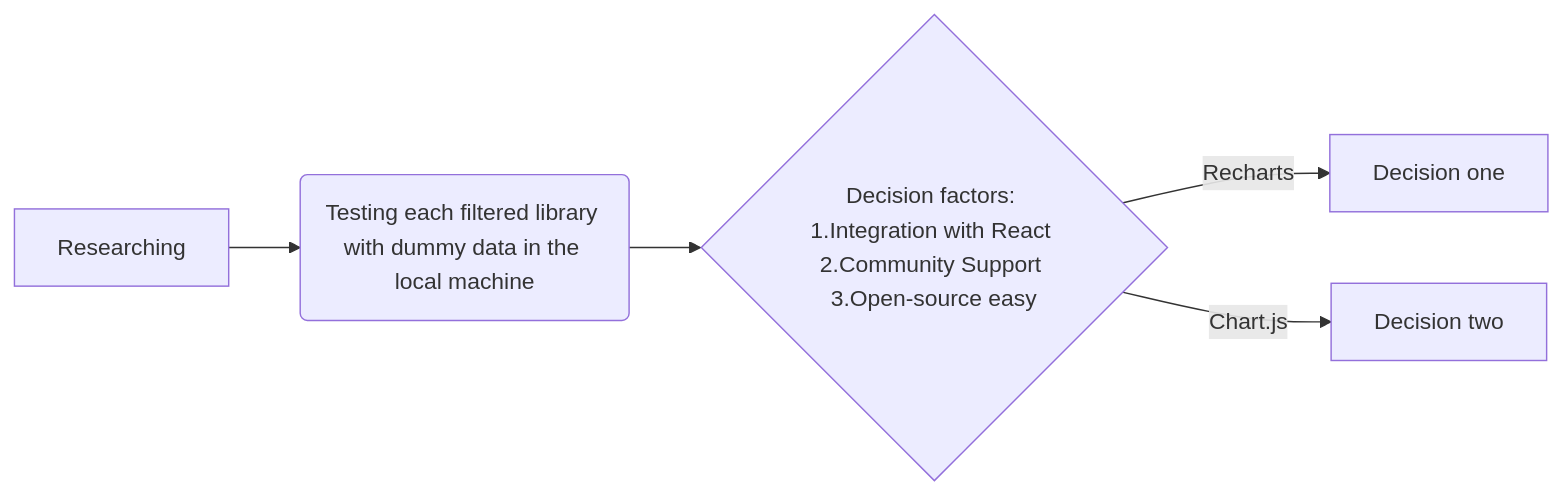
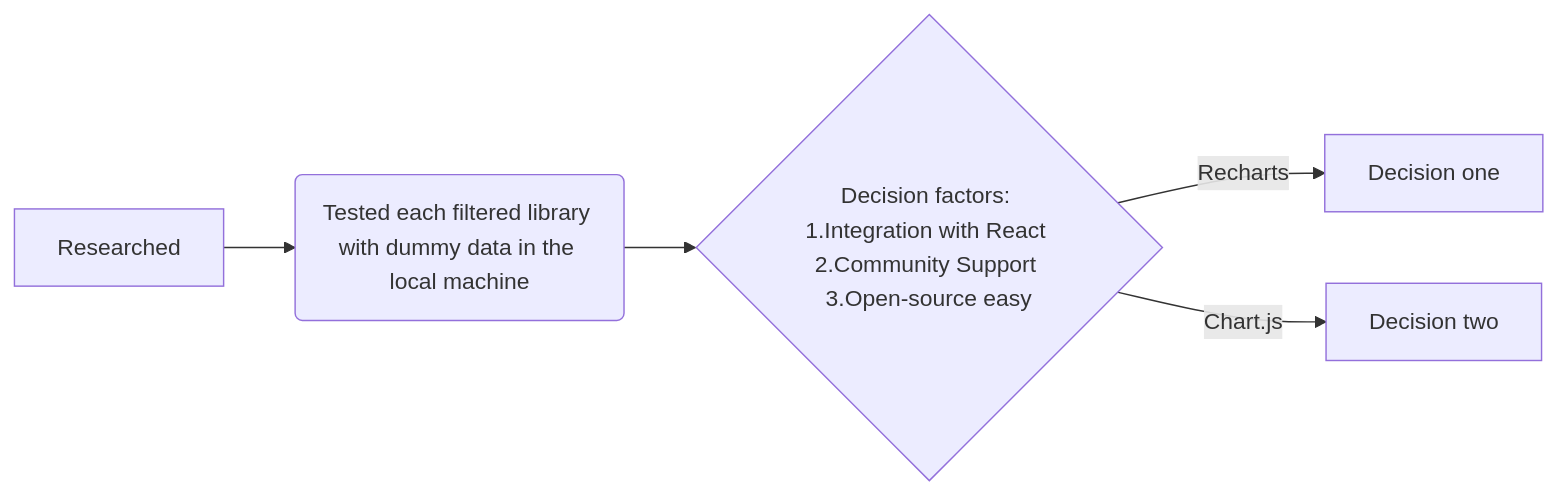
The diagram in Visualization Librarires.md (Khosiyat/Decision-Making-Process-Document), drawn with Mermaid before and after one commit.

Commit message:
Update Visualization Librarires.md

````diff
--- a/Visualization Librarires.md
+++ b/Visualization Librarires.md
@@ -4,7 +4,7 @@
 ```mermaid
 graph LR
-A[Researching] -->B(Testing each filtered library with dummy data in the local machine)
+A[Researched] -->B(Tested each filtered library with dummy data in the local machine)
     B --> C{Decision factors: 1.Integration with React 2.Community Support 3.Open-source easy}
     C -->|Recharts| D[Decision one]
     C -->|Chart.js| E[Decision two]
 ```
````
